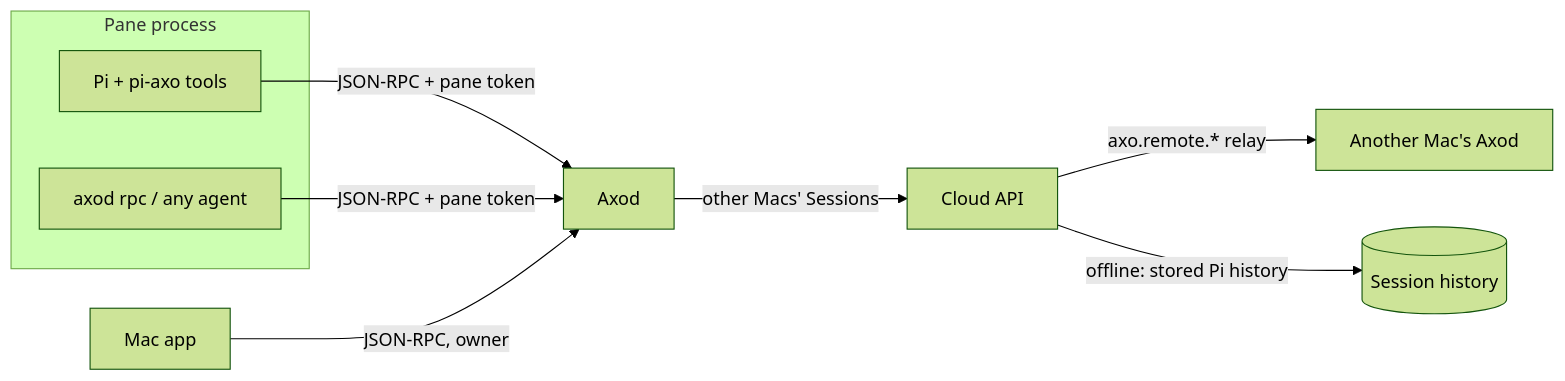
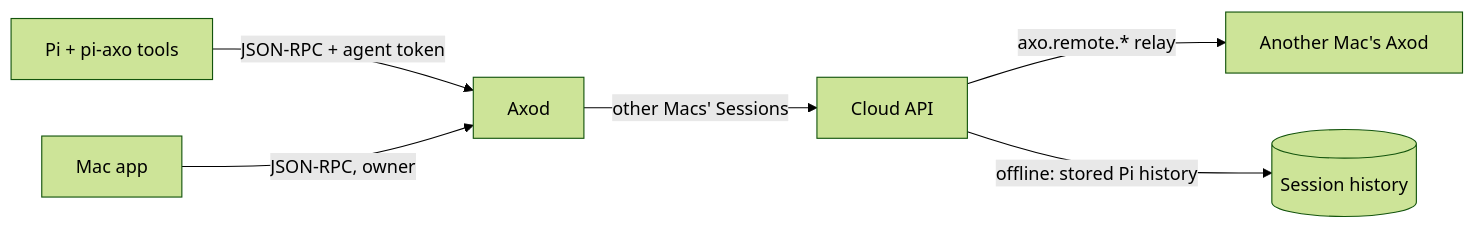
Before and after one commit to leostera/axo: the diagram in docs/rfds/RFD0015-sessions-as-axo-clients.md, drawn with Mermaid (forest theme). The commit also changed other lines of this file, not shown here.

Commit message:
docs: scope RFD0015 to the running Pi agent

````diff
--- a/docs/rfds/RFD0015-sessions-as-axo-clients.md
+++ b/docs/rfds/RFD0015-sessions-as-axo-clients.md
@@ -71,13 +71,8 @@
 ```mermaid
 flowchart LR
-  subgraph Pane[Pane process]
-    Pi[Pi + pi-axo tools]
-    CLI[axod rpc / any agent]
-  end
-  Pi -->|JSON-RPC + pane token| Axod
-  CLI -->|JSON-RPC + pane token| Axod
+  Pi[Pi + pi-axo tools] -->|JSON-RPC + agent token| Axod
   App[Mac app] -->|JSON-RPC, owner| Axod
   Axod -->|other Macs' Sessions| API[Cloud API]
   API -->|axo.remote.* relay| OtherAxod[Another Mac's Axod]
   API -->|offline: stored Pi history| Store[(Session history)]
 ```
````
